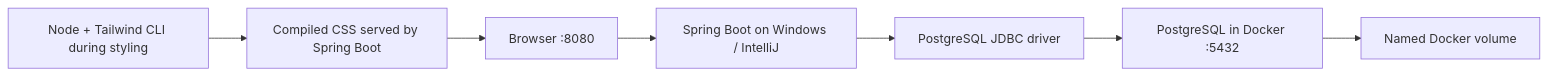
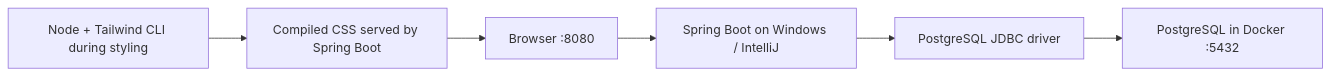
The first of 4 diagrams in docs/FM School - Complete Project Guide.md (FahimHossen121/fm-school-academic), drawn with Mermaid before and after one commit. The commit also changed other lines of this file, not shown here.

````diff
--- a/docs/FM School - Complete Project Guide.md
+++ b/docs/FM School - Complete Project Guide.md
@@ -51,9 +51,8 @@
 ```mermaid
 flowchart LR
     Browser[Browser :8080] --> Java[Spring Boot on Windows / IntelliJ]
     Java --> Driver[PostgreSQL JDBC driver]
     Driver --> DB[PostgreSQL in Docker :5432]
-    DB --> Volume[Named Docker volume]
     Node[Node + Tailwind CLI during styling] --> CSS[Compiled CSS served by Spring Boot]
     CSS --> Browser
 ```
````
